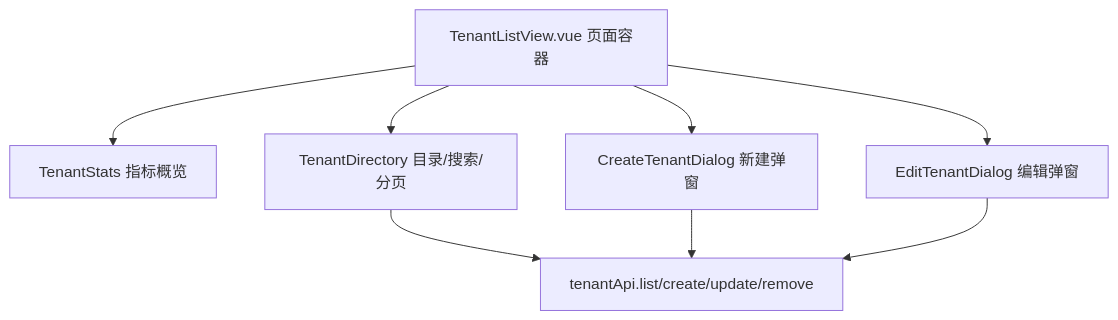
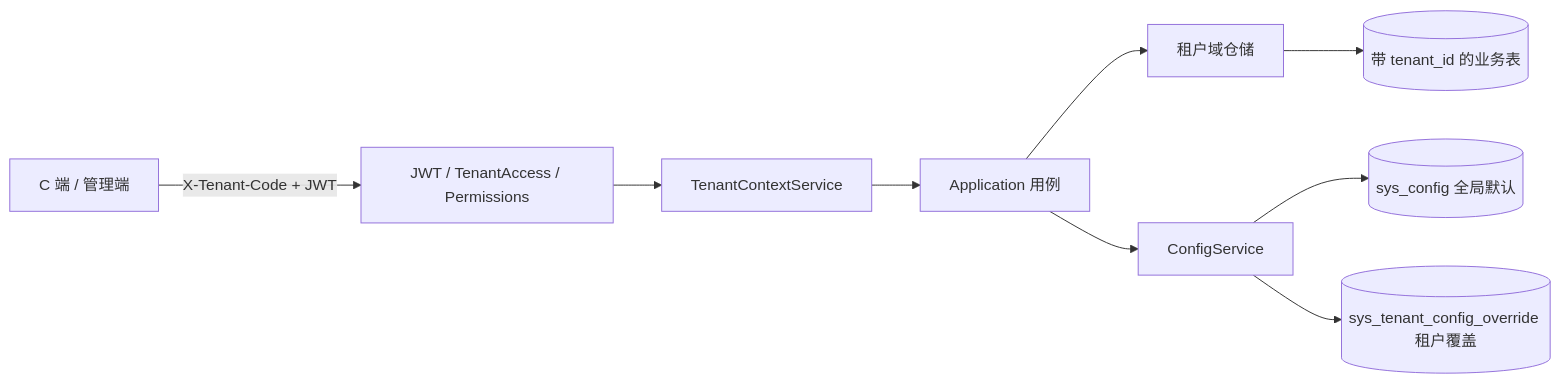
The first of 4 diagrams in docs/multi-tenant.md (yiting001/E-sports-01), drawn with Mermaid before and after one commit. The commit also changed other lines of this file and 158 other files, not shown here.

````diff
--- a/docs/multi-tenant.md
+++ b/docs/multi-tenant.md
@@ -83,10 +47,11 @@
 ```mermaid
-flowchart TD
-  Page["TenantListView.vue 页面容器"] --> Stats["TenantStats 指标概览"]
-  Page --> Directory["TenantDirectory 目录/搜索/分页"]
-  Page --> CreateDialog["CreateTenantDialog 新建弹窗"]
-  Page --> EditDialog["EditTenantDialog 编辑弹窗"]
-  Directory --> Api["tenantApi.list/create/update/remove"]
-  CreateDialog --> Api
-  EditDialog --> Api
+flowchart LR
+  Client["C 端 / 管理端"] -->|"X-Tenant-Code + JWT"| Guards["JWT / TenantAccess / Permissions"]
+  Guards --> Context["TenantContextService"]
+  Context --> UseCases["Application 用例"]
+  UseCases --> Repositories["租户域仓储"]
+  Repositories --> Business[("带 tenant_id 的业务表")]
+  UseCases --> Config["ConfigService"]
+  Config --> Global[("sys_config 全局默认")]
+  Config --> Override[("sys_tenant_config_override 租户覆盖")]
 ```
````
